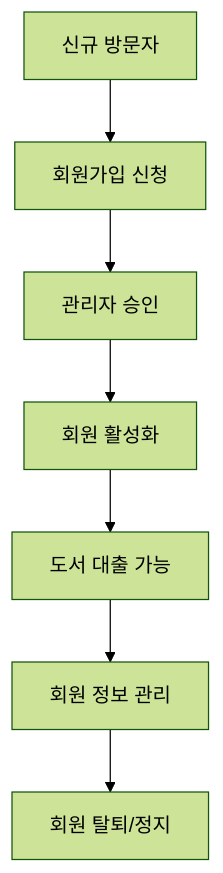
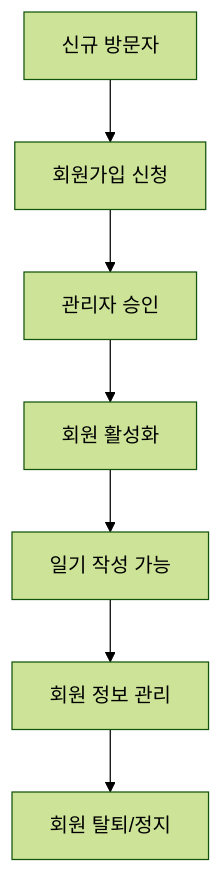
The first of 4 diagrams in 도메인설계서.md (WorkSpaceForHanmg/MiniProject2), drawn with Mermaid (forest theme) before and after one commit. The commit also changed other lines of this file, not shown here.

````diff
--- a/도메인설계서.md
+++ b/도메인설계서.md
@@ -49,9 +39,9 @@
 ```mermaid
 graph TD
     A[신규 방문자] --> B[회원가입 신청]
     B --> C[관리자 승인]
     C --> D[회원 활성화]
-    D --> E[도서 대출 가능]
+    D --> E[일기 작성 가능]
     E --> F[회원 정보 관리]
     F --> G[회원 탈퇴/정지]
 ```
````
